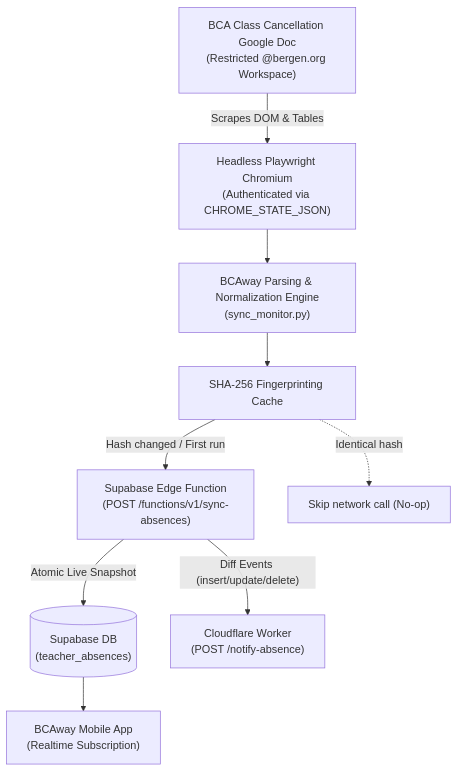
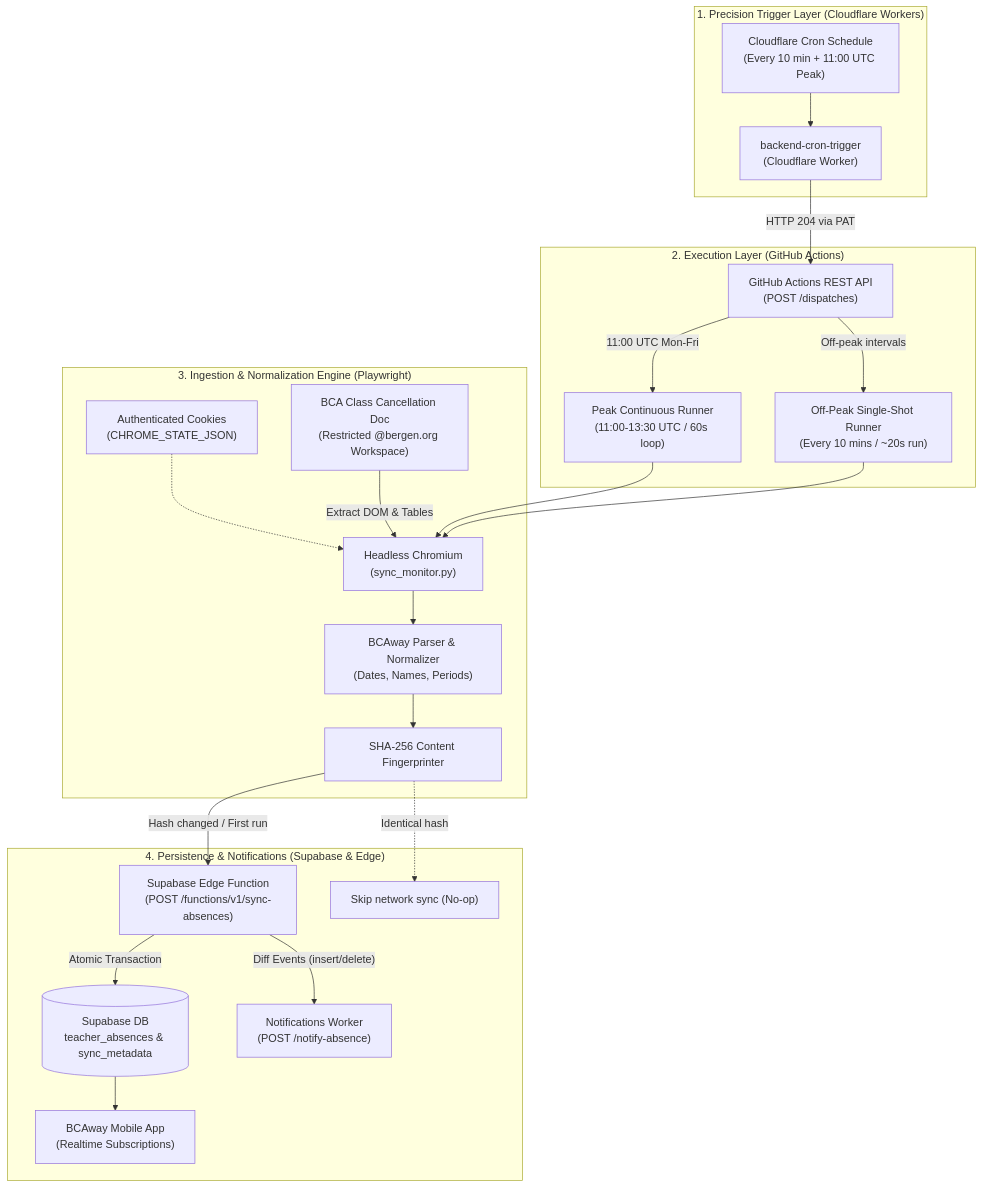
Before and after one commit to bcaway/backend-sync: the diagram in README.md, drawn with Mermaid. The commit also changed other lines of this file and 1 other file, not shown here.

Commit message:
docs: add master implementation guide and Cloudflare precision cron architecture

````diff
--- a/README.md
+++ b/README.md
@@ -10,20 +10,46 @@
 ```mermaid
 flowchart TD
-    Doc["BCA Class Cancellation Google Doc<br/>(Restricted @bergen.org Workspace)"]
-    Playwright["Headless Playwright Chromium<br/>(Authenticated via CHROME_STATE_JSON)"]
-    Parser["BCAway Parsing & Normalization Engine<br/>(sync_monitor.py)"]
-    Hasher["SHA-256 Fingerprinting Cache"]
-    EdgeFunction["Supabase Edge Function<br/>(POST /functions/v1/sync-absences)"]
-    DB[("Supabase DB<br/>(teacher_absences)")]
-    Worker["Cloudflare Worker<br/>(POST /notify-absence)"]
-    App["BCAway Mobile App<br/>(Realtime Subscription)"]
+    subgraph TriggerLayer ["1. Precision Trigger Layer (Cloudflare Workers)"]
+        CF["backend-cron-trigger<br/>(Cloudflare Worker)"]
+        CF_CRON["Cloudflare Cron Schedule<br/>(Every 10 min + 11:00 UTC Peak)"]
+        CF_CRON --> CF
+    end
 
-    Doc -->|"Scrapes DOM & Tables"| Playwright
-    Playwright --> Parser
-    Parser --> Hasher
-    Hasher -->|"Hash changed / First run"| EdgeFunction
-    Hasher -.->|"Identical hash"| Skip["Skip network call (No-op)"]
-    EdgeFunction -->|"Atomic Live Snapshot"| DB
-    EdgeFunction -->|"Diff Events (insert/update/delete)"| Worker
-    DB --> App
+    subgraph ExecutionLayer ["2. Execution Layer (GitHub Actions)"]
+        GH_API["GitHub Actions REST API<br/>(POST /dispatches)"]
+        PeakRunner["Peak Continuous Runner<br/>(11:00-13:30 UTC / 60s loop)"]
+        OffPeakRunner["Off-Peak Single-Shot Runner<br/>(Every 10 mins / ~20s run)"]
+
+        CF -->|"HTTP 204 via PAT"| GH_API
+        GH_API -->|"11:00 UTC Mon-Fri"| PeakRunner
+        GH_API -->|"Off-peak intervals"| OffPeakRunner
+    end
+
+    subgraph ScraperEngine ["3. Ingestion & Normalization Engine (Playwright)"]
+        Doc["BCA Class Cancellation Doc<br/>(Restricted @bergen.org Workspace)"]
+        Session["Authenticated Cookies<br/>(CHROME_STATE_JSON)"]
+        Playwright["Headless Chromium<br/>(sync_monitor.py)"]
+        Parser["BCAway Parser & Normalizer<br/>(Dates, Names, Periods)"]
+        Hasher["SHA-256 Content Fingerprinter"]
+
+        Session -.-> Playwright
+        Doc -->|"Extract DOM & Tables"| Playwright
+        PeakRunner --> Playwright
+        OffPeakRunner --> Playwright
+        Playwright --> Parser
+        Parser --> Hasher
+    end
+
+    subgraph PersistenceLayer ["4. Persistence & Notifications (Supabase & Edge)"]
+        EdgeFunction["Supabase Edge Function<br/>(POST /functions/v1/sync-absences)"]
+        DB[("Supabase DB<br/>teacher_absences & sync_metadata")]
+        NotifWorker["Notifications Worker<br/>(POST /notify-absence)"]
+        App["BCAway Mobile App<br/>(Realtime Subscriptions)"]
+
+        Hasher -->|"Hash changed / First run"| EdgeFunction
+        Hasher -.->|"Identical hash"| Skip["Skip network sync (No-op)"]
+        EdgeFunction -->|"Atomic Transaction"| DB
+        EdgeFunction -->|"Diff Events (insert/delete)"| NotifWorker
+        DB --> App
+    end
 ```
````
